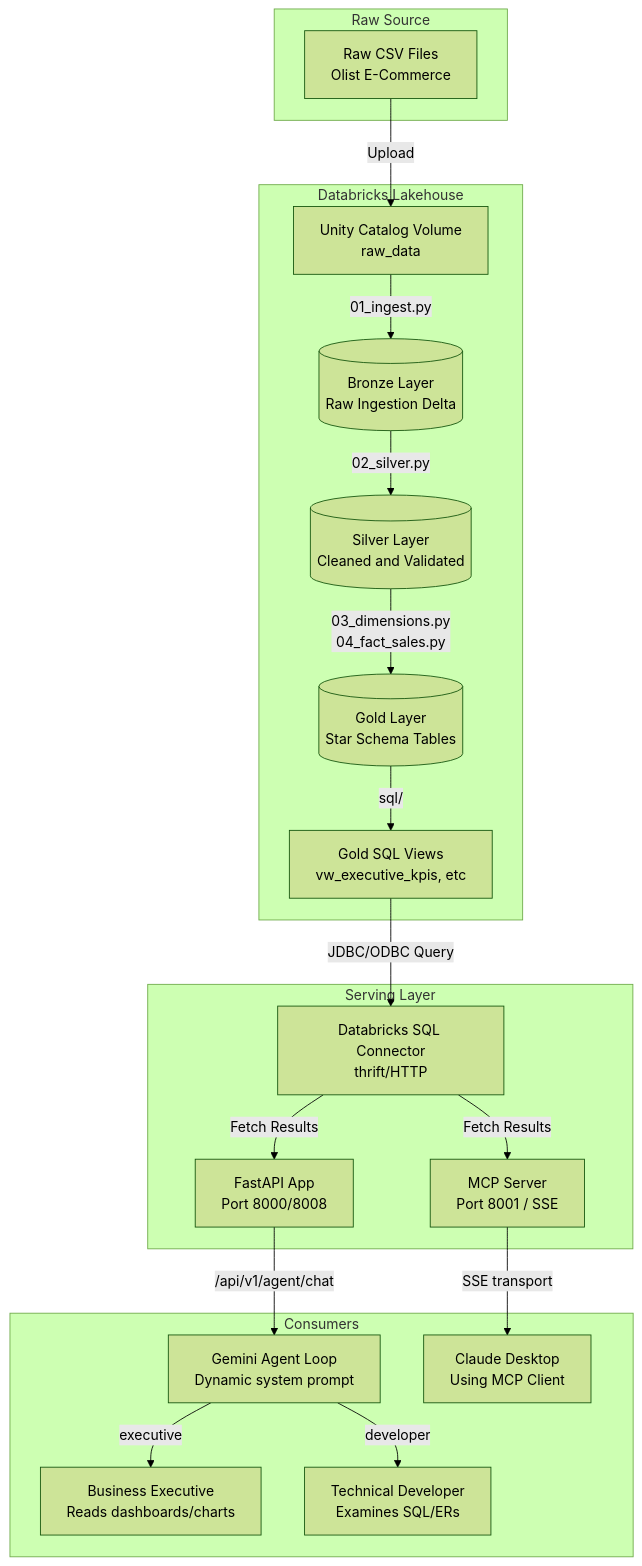
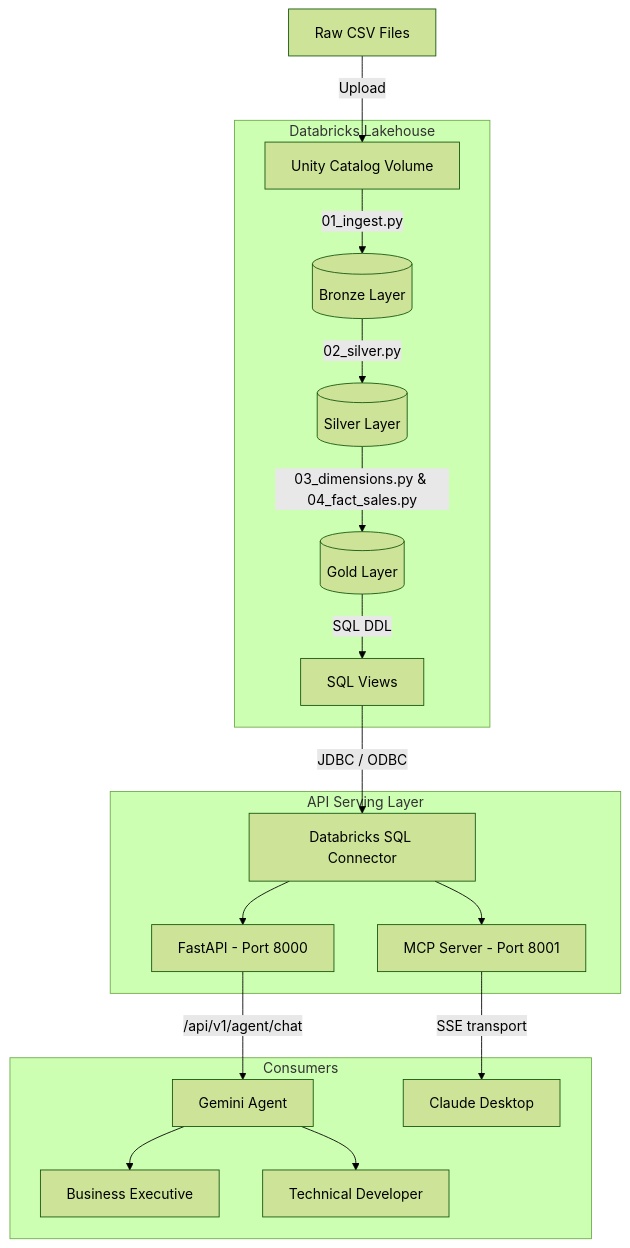
Before and after one commit to Azaken1248/Retail-Intelligence-Platform: the diagram in docs/guide/architecture.md, drawn with Mermaid (forest theme). The commit also changed other lines of this file and 8 other files, not shown here.

Commit message:
docs: complete rewrite of all documentation pages - fix mermaid syntax, add SQL view definitions, improve deepdives and formatting

````diff
--- a/docs/guide/architecture.md
+++ b/docs/guide/architecture.md
@@ -7,42 +9,40 @@
 ```mermaid
 flowchart TD
-    subgraph raw_source [Raw Source]
-        CSV["Raw CSV Files<br>Olist E-Commerce"]
+    CSV["Raw CSV Files"]
+
+    subgraph Lakehouse["Databricks Lakehouse"]
+        Volume["Unity Catalog Volume"]
+        Bronze[("Bronze Layer")]
+        Silver[("Silver Layer")]
+        Gold[("Gold Layer")]
+        Views["SQL Views"]
     end
 
-    subgraph databricks_lakehouse [Databricks Lakehouse]
-        Volume["Unity Catalog Volume<br>raw_data"]
-        Bronze[("Bronze Layer<br>Raw Ingestion Delta")]
-        Silver[("Silver Layer<br>Cleaned and Validated")]
-        Gold[("Gold Layer<br>Star Schema Tables")]
-        Views["Gold SQL Views<br>vw_executive_kpis, etc"]
-        
-        CSV -->|"Upload"| Volume
-        Volume -->|"01_ingest.py"| Bronze
-        Bronze -->|"02_silver.py"| Silver
-        Silver -->|"03_dimensions.py<br>04_fact_sales.py"| Gold
-        Gold -->|"sql/"| Views
+    subgraph Serving["API Serving Layer"]
+        API["FastAPI - Port 8000"]
+        MCP["MCP Server - Port 8001"]
+        Connector["Databricks SQL Connector"]
     end
 
-    subgraph serving_layer [Serving Layer]
-        API["FastAPI App<br>Port 8000/8008"]
-        MCP["MCP Server<br>Port 8001 / SSE"]
-        Client["Databricks SQL Connector<br>thrift/HTTP"]
-        
-        Views -->|"JDBC/ODBC Query"| Client
-        Client -->|"Fetch Results"| API
-        Client -->|"Fetch Results"| MCP
+    subgraph Consumers
+        Exec["Business Executive"]
+        Dev["Technical Developer"]
+        Agent["Gemini Agent"]
+        Claude["Claude Desktop"]
     end
 
-    subgraph consumers [Consumers]
-        Exec["Business Executive<br>Reads dashboards/charts"]
-        Dev["Technical Developer<br>Examines SQL/ERs"]
-        Agent["Gemini Agent Loop<br>Dynamic system prompt"]
-        Claude["Claude Desktop<br>Using MCP Client"]
-        
-        API -->|"/api/v1/agent/chat"| Agent
-        Agent -->|"executive"| Exec
-        Agent -->|"developer"| Dev
-        MCP -->|"SSE transport"| Claude
-    end
+    CSV -->|Upload| Volume
+    Volume -->|01_ingest.py| Bronze
+    Bronze -->|02_silver.py| Silver
+    Silver -->|03_dimensions.py & 04_fact_sales.py| Gold
+    Gold -->|SQL DDL| Views
+
+    Views -->|JDBC / ODBC| Connector
+    Connector --> API
+    Connector --> MCP
+
+    API -->|/api/v1/agent/chat| Agent
+    Agent --> Exec
+    Agent --> Dev
+    MCP -->|SSE transport| Claude
 ```
````
